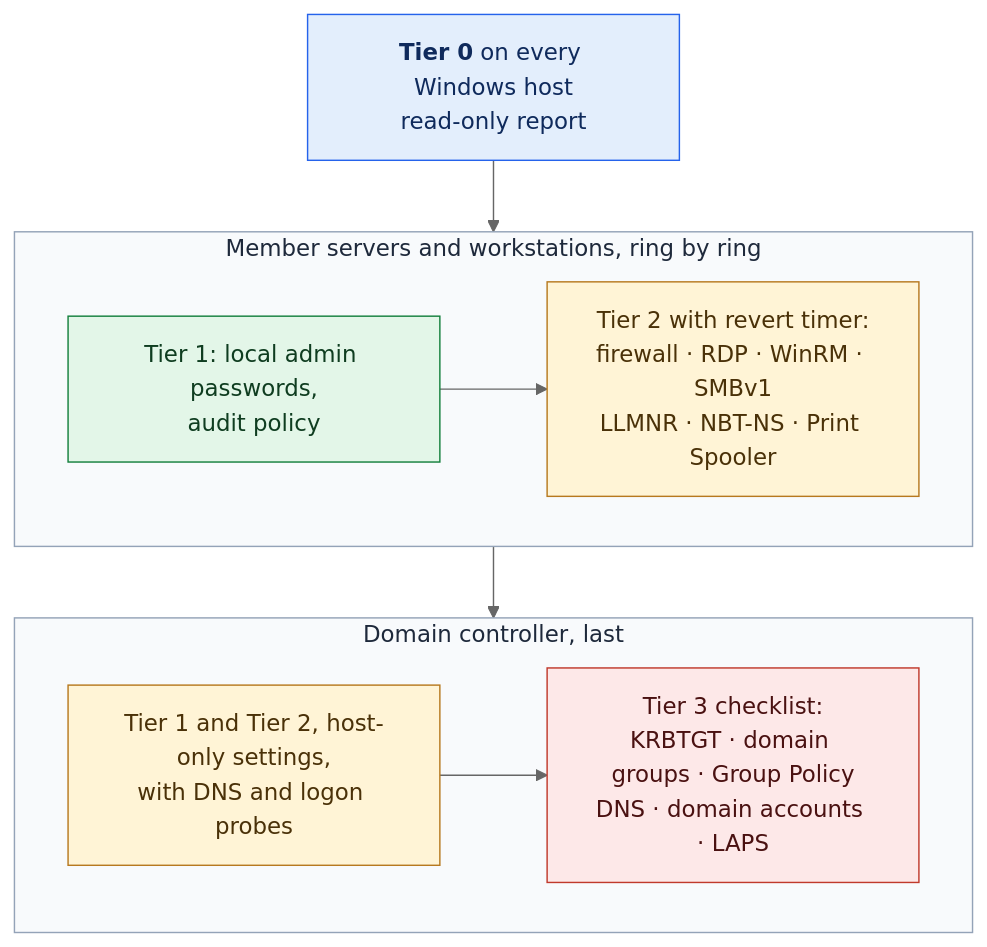
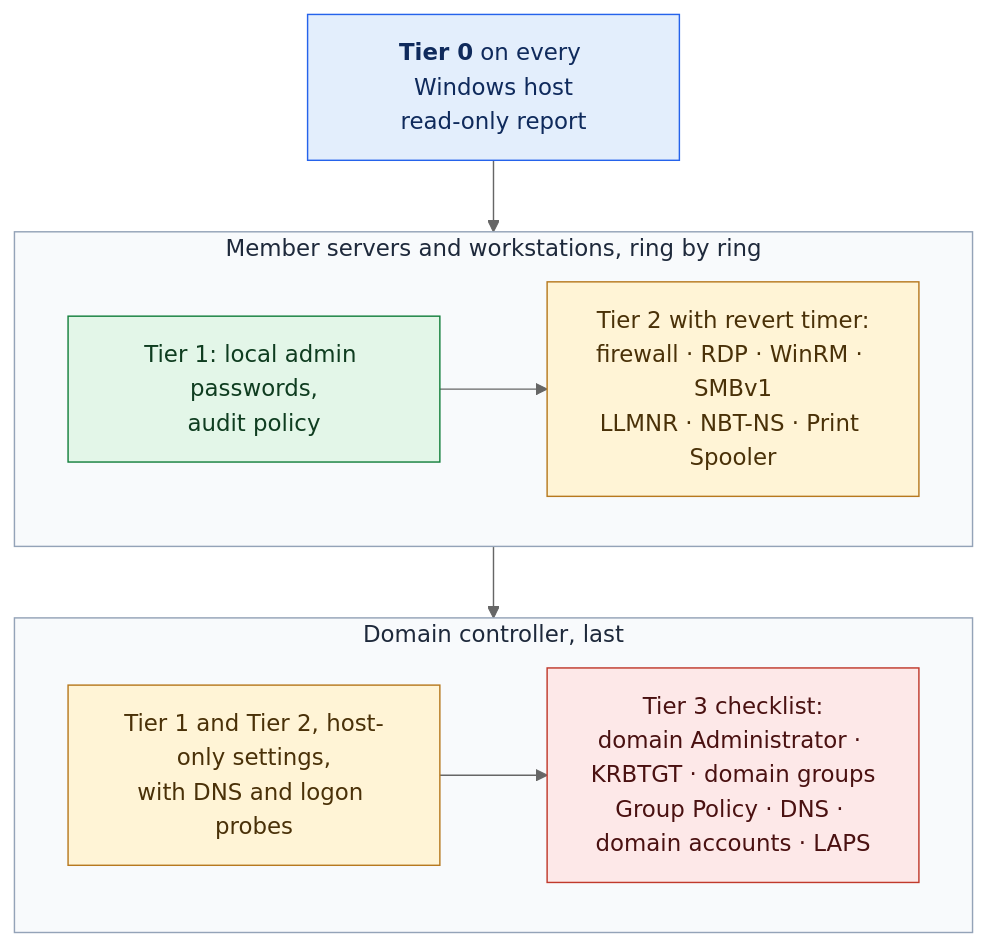
Before and after one commit to dotnetdork/Labyrinth: the diagram in docs/design/11-Windows-and-AD-Hardening.md, drawn with Mermaid (neutral theme). The commit also changed other lines of this file and 19 other files, not shown here.

````diff
--- a/docs/design/11-Windows-and-AD-Hardening.md
+++ b/docs/design/11-Windows-and-AD-Hardening.md
@@ -34,21 +34,21 @@
 ```mermaid
 flowchart TD
     T0["<b>Tier 0</b> on every Windows host<br/>read-only report"] --> MEM
     subgraph MEM["Member servers and workstations, ring by ring"]
         M1["Tier 1: local admin passwords,<br/>audit policy"] --> M2["Tier 2 with revert timer:<br/>firewall · RDP · WinRM · SMBv1<br/>LLMNR · NBT-NS · Print Spooler"]
     end
     MEM --> DC
     subgraph DC["Domain controller, last"]
-        D1["Tier 1 and Tier 2, host-only settings,<br/>with DNS and logon probes"] --> D3["Tier 3 checklist:<br/>KRBTGT · domain groups · Group Policy<br/>DNS · domain accounts · LAPS"]
+        D1["Tier 1 and Tier 2, host-only settings,<br/>with DNS and logon probes"] --> D3["Tier 3 checklist:<br/>domain Administrator · KRBTGT · domain groups<br/>Group Policy · DNS · domain accounts · LAPS"]
     end
     classDef observe fill:#e3eefc,stroke:#2563eb,color:#0f2a5c
     classDef ok fill:#e3f6e8,stroke:#15803d,color:#0f3d20
     classDef human fill:#fff4d6,stroke:#b7791f,color:#4a3108
     classDef lockout fill:#fde8e8,stroke:#c0392b,color:#4a1111
     class T0 observe
     class M1 ok
     class M2,D1 human
     class D3 lockout
     style MEM fill:#f8fafc,stroke:#94a3b8,color:#1e293b
     style DC fill:#f8fafc,stroke:#94a3b8,color:#1e293b
 ```
````
